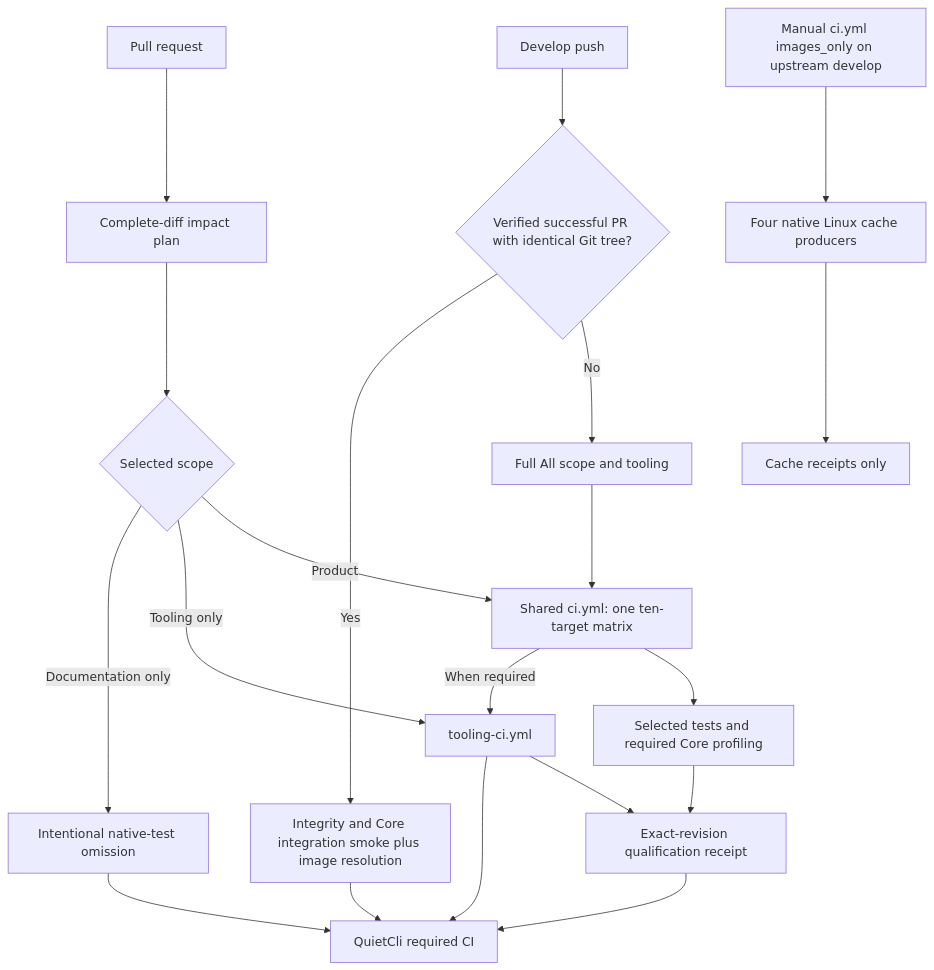
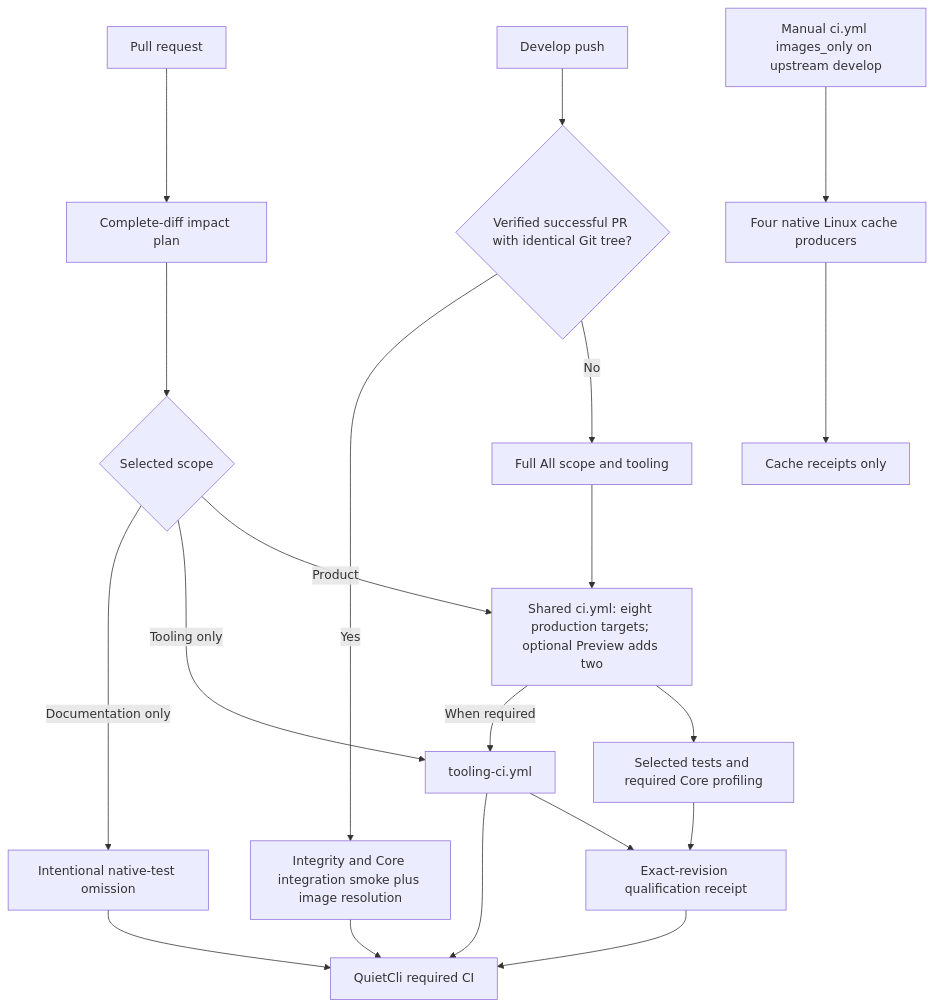
One commit to FrenchExDev2/QuietCli.PoSh changed the first of 2 diagrams in docs/ci/README.md. Above: the diagram before and after it, drawn with Mermaid. The commit also changed other lines of this file and 41 other files, not shown here.

````diff
--- a/docs/ci/README.md
+++ b/docs/ci/README.md
@@ -25,22 +25,22 @@
 ```mermaid
 flowchart TD
     PR[Pull request] --> P[Complete-diff impact plan]
     DEV[Develop push] --> R{Verified successful PR with identical Git tree?}
     R -- No --> ALL[Full All scope and tooling]
     R -- Yes --> SM[Integrity and Core integration smoke plus image resolution]
     P --> S{Selected scope}
-    S -- Product --> C[Shared ci.yml: one ten-target matrix]
+    S -- Product --> C[Shared ci.yml: eight production targets; optional Preview adds two]
     S -- Tooling only --> T[tooling-ci.yml]
     S -- Documentation only --> OMIT[Intentional native-test omission]
     ALL --> C
     C --> PT[Selected tests and required Core profiling]
     C -- When required --> T
     PT --> G[Exact-revision qualification receipt]
     T --> G
     G --> STATUS[QuietCli required CI]
     T --> STATUS
     SM --> STATUS
     OMIT --> STATUS
     W[Manual ci.yml images_only on upstream develop] --> CACHE[Four native Linux cache producers]
     CACHE --> END[Cache receipts only]
 ```
````
